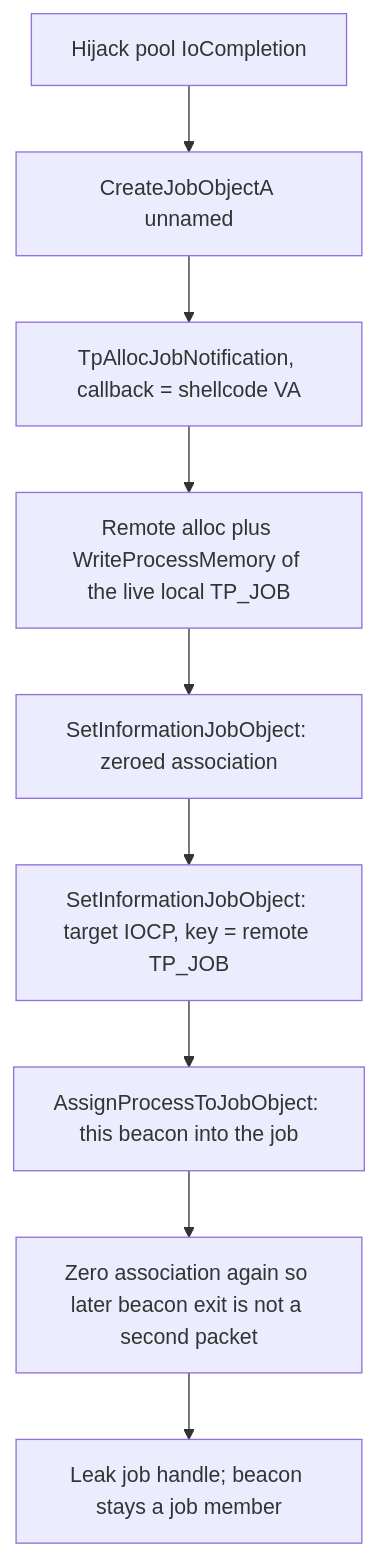
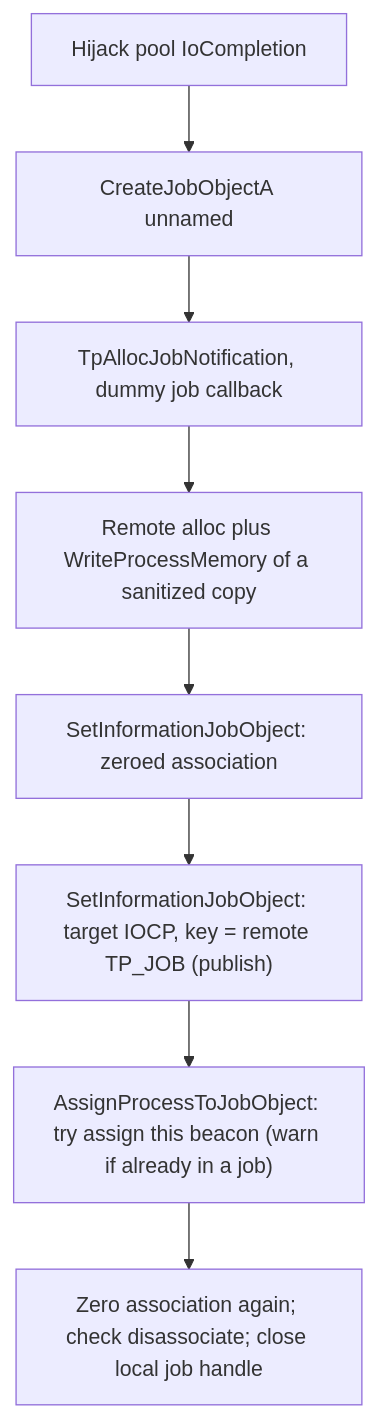
Before and after one commit to An0nUD4Y/PoolParty-BOF: the fourth of 6 diagrams in README.md, drawn with Mermaid. The commit also changed other lines of this file and 26 other files, not shown here.

````diff
--- a/README.md
+++ b/README.md
@@ -277,11 +293,10 @@
 ```mermaid
 flowchart TD
   A["Hijack pool IoCompletion"] --> B["CreateJobObjectA unnamed"]
-  B --> C["TpAllocJobNotification, callback = shellcode VA"]
-  C --> D["Remote alloc plus WriteProcessMemory of the live local TP_JOB"]
+  B --> C["TpAllocJobNotification, dummy job callback"]
+  C --> D["Remote alloc plus WriteProcessMemory of a sanitized copy"]
   D --> E["SetInformationJobObject: zeroed association"]
-  E --> F["SetInformationJobObject: target IOCP, key = remote TP_JOB"]
-  F --> G["AssignProcessToJobObject: this beacon into the job"]
-  G --> H["Zero association again so later beacon exit is not a second packet"]
-  H --> I["Leak job handle; beacon stays a job member"]
+  E --> F["SetInformationJobObject: target IOCP, key = remote TP_JOB (publish)"]
+  F --> G["AssignProcessToJobObject: try assign this beacon (warn if already in a job)"]
+  G --> H["Zero association again; check disassociate; close local job handle"]
 ```
````
